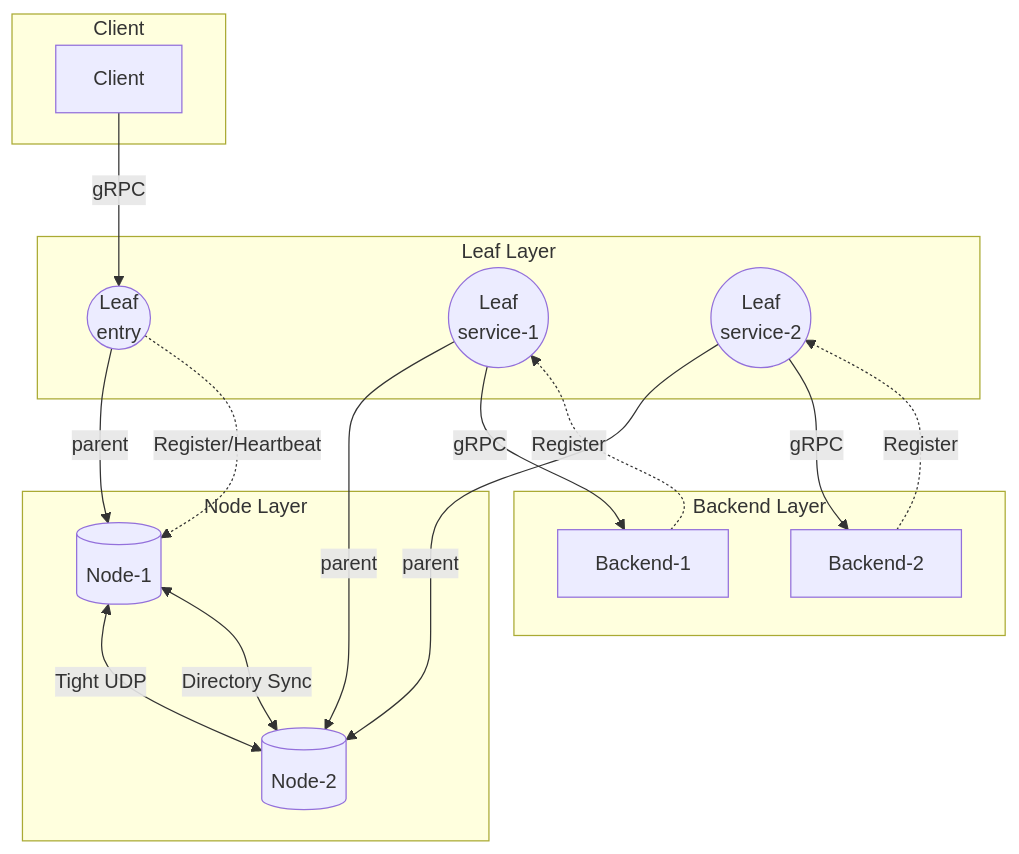
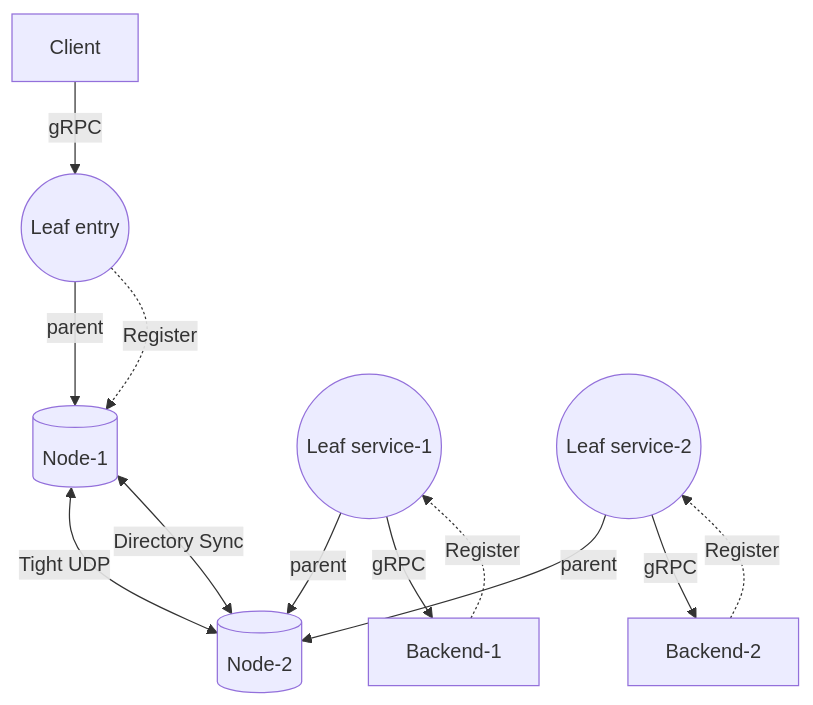
The first of 9 diagrams in docs/architecture.md (arrayforward/creek), drawn with Mermaid before and after one commit. The commit also changed other lines of this file and 2 other files, not shown here.

First line of the commit message:
fix: remove mermaid br tags causing GitHub render failure

````diff
--- a/docs/architecture.md
+++ b/docs/architecture.md
@@ -10,35 +10,25 @@
 ```mermaid
 graph TB
-    subgraph "Node Layer"
-        N1[(Node-1)]
-        N2[(Node-2)]
-        N1 <-->|Tight UDP| N2
-    end
+    N1[(Node-1)]
+    N2[(Node-2)]
+    N1 <-->|Tight UDP| N2
 
-    subgraph "Leaf Layer"
-        L1((Leaf<br/>entry))
-        L2((Leaf<br/>service-1))
-        L3((Leaf<br/>service-2))
-    end
+    L1((Leaf entry))
+    L2((Leaf service-1))
+    L3((Leaf service-2))
 
-    subgraph "Backend Layer"
-        B1[Backend-1]
-        B2[Backend-2]
-    end
-
-    subgraph "Client"
-        C[Client]
-    end
+    B1[Backend-1]
+    B2[Backend-2]
+    C[Client]
 
     C -->|gRPC| L1
     L1 -->|parent| N1
     L2 -->|parent| N2
     L3 -->|parent| N2
     L2 -->|gRPC| B1
     L3 -->|gRPC| B2
-
     N1 <-->|Directory Sync| N2
-    L1 -.->|Register/Heartbeat| N1
+    L1 -.->|Register| N1
     B1 -.->|Register| L2
     B2 -.->|Register| L3
 ```
````
